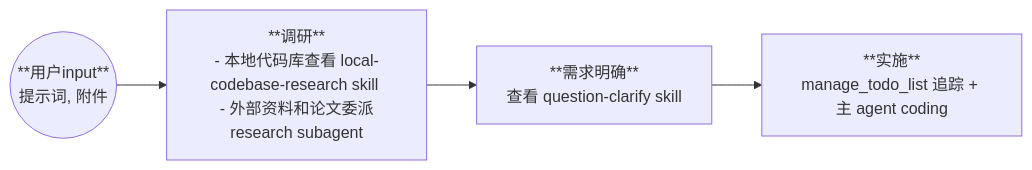
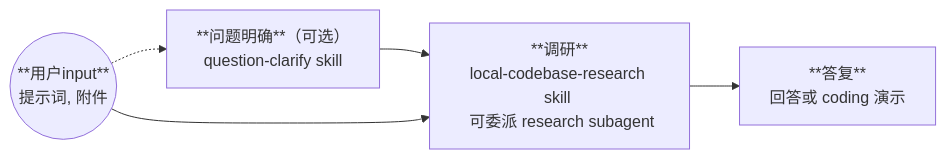
One commit to riemac/vibe changed the diagram in workflows/question-consult.md. Above: the diagram before and after it, drawn with Mermaid. The commit also changed other lines of this file and 17 other files, not shown here.

````diff
--- a/workflows/question-consult.md
+++ b/workflows/question-consult.md
@@ -9,6 +9,7 @@
 ```mermaid
 graph LR
-    A((**用户input**<br>提示词, 附件)) --> B[**调研**<br>- 本地代码库查看 local-codebase-research skill <br> - 外部资料和论文委派 research subagent]
-    B --> C[**需求明确**<br>查看 question-clarify skill]
-    C --> D[**实施**<br>manage_todo_list 追踪 + 主 agent coding]
+    A((**用户input**<br>提示词, 附件)) -.-> B[**问题明确**（可选）<br>question-clarify skill]
+    B --> C[**调研**<br>local-codebase-research skill <br> 可委派 research subagent]
+    C --> D[**答复**<br>回答或 coding 演示]
+    A --> C
 ```
````
